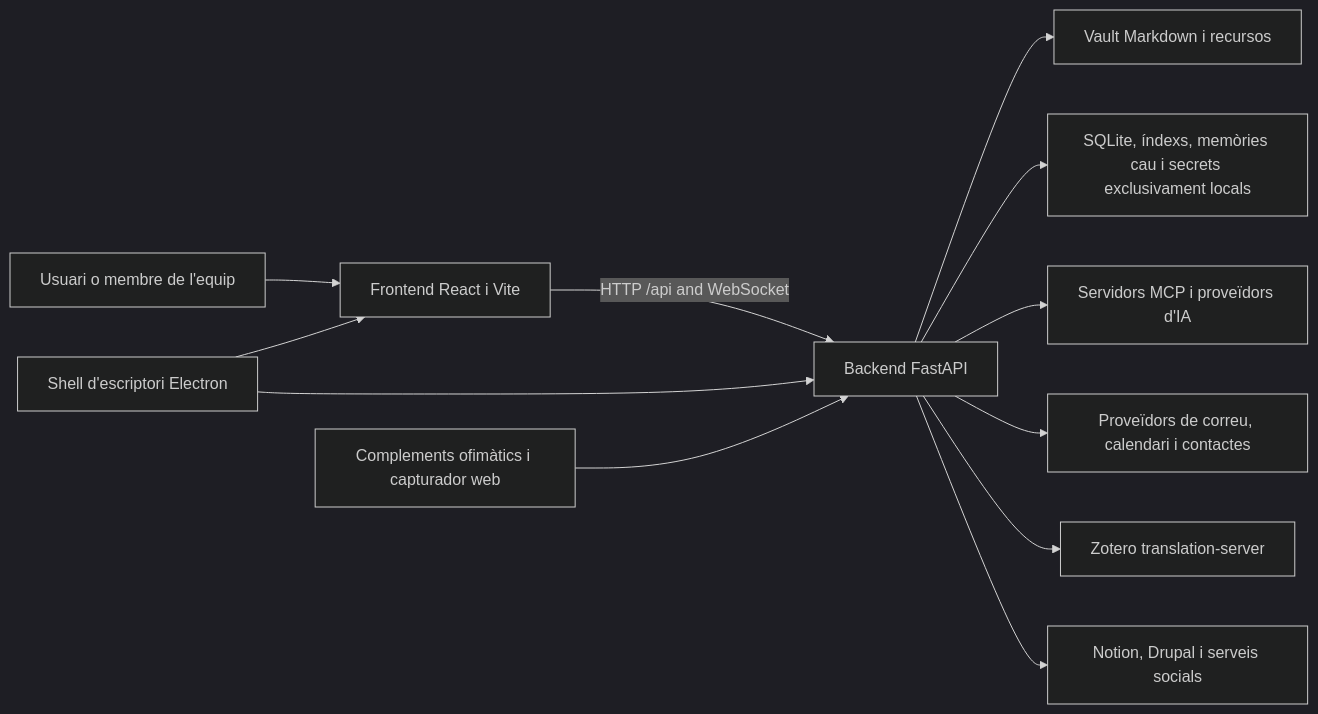
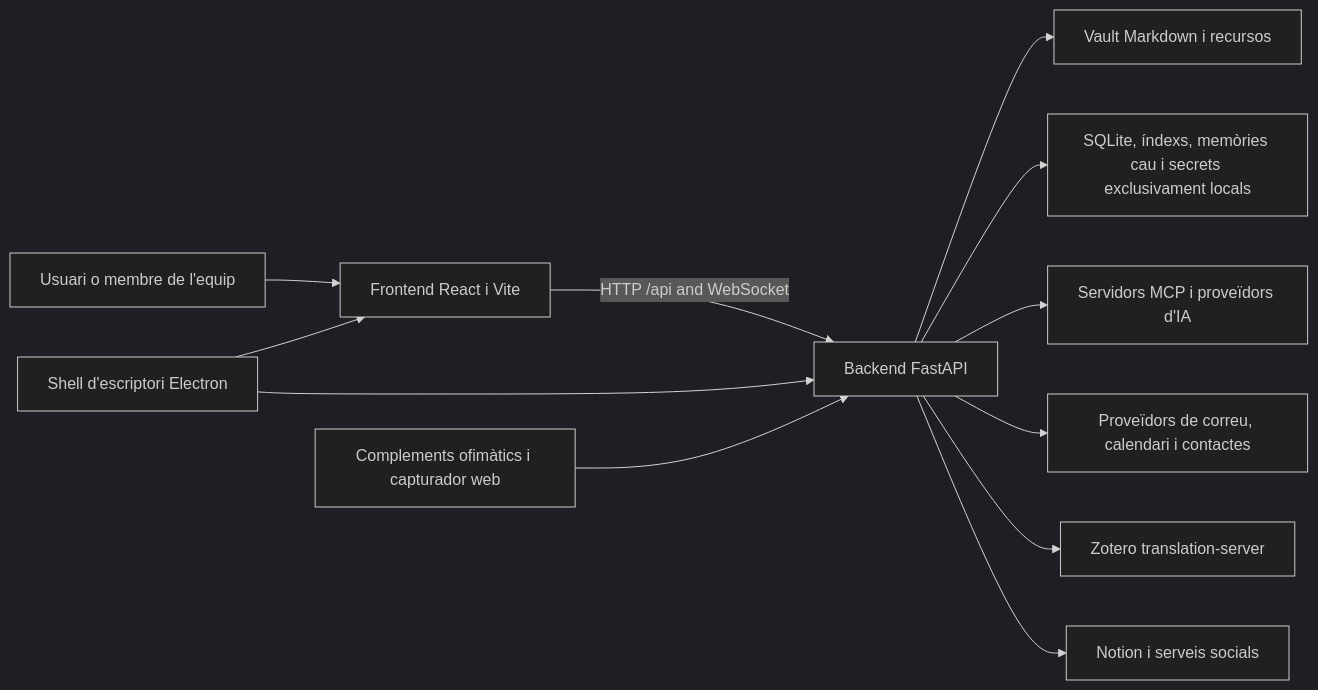
Before and after one commit to ismigar/Gnosi: the diagram in docs/engineering-ca/architecture/system-context.md, drawn with Mermaid (dark theme). The commit also changed other lines of this file and 203 other files, not shown here.

````diff
--- a/docs/engineering-ca/architecture/system-context.md
+++ b/docs/engineering-ca/architecture/system-context.md
@@ -33,14 +33,14 @@
 ```mermaid
 flowchart LR
     User["Usuari o membre de l'equip"] --> UI["Frontend React i Vite"]
     UI -->|HTTP /api and WebSocket| API["Backend FastAPI"]
     API --> Vault["Vault Markdown i recursos"]
     API --> Local["SQLite, índexs, memòries cau i secrets exclusivament locals"]
     API --> MCP["Servidors MCP i proveïdors d'IA"]
     API --> Comms["Proveïdors de correu, calendari i contactes"]
     API --> Zotero["Zotero translation-server"]
-    API --> Publish["Notion, Drupal i serveis socials"]
+    API --> Publish["Notion i serveis socials"]
     Desktop["Shell d'escriptori Electron"] --> UI
     Desktop --> API
     Office["Complements ofimàtics i capturador web"] --> API
 ```
````
